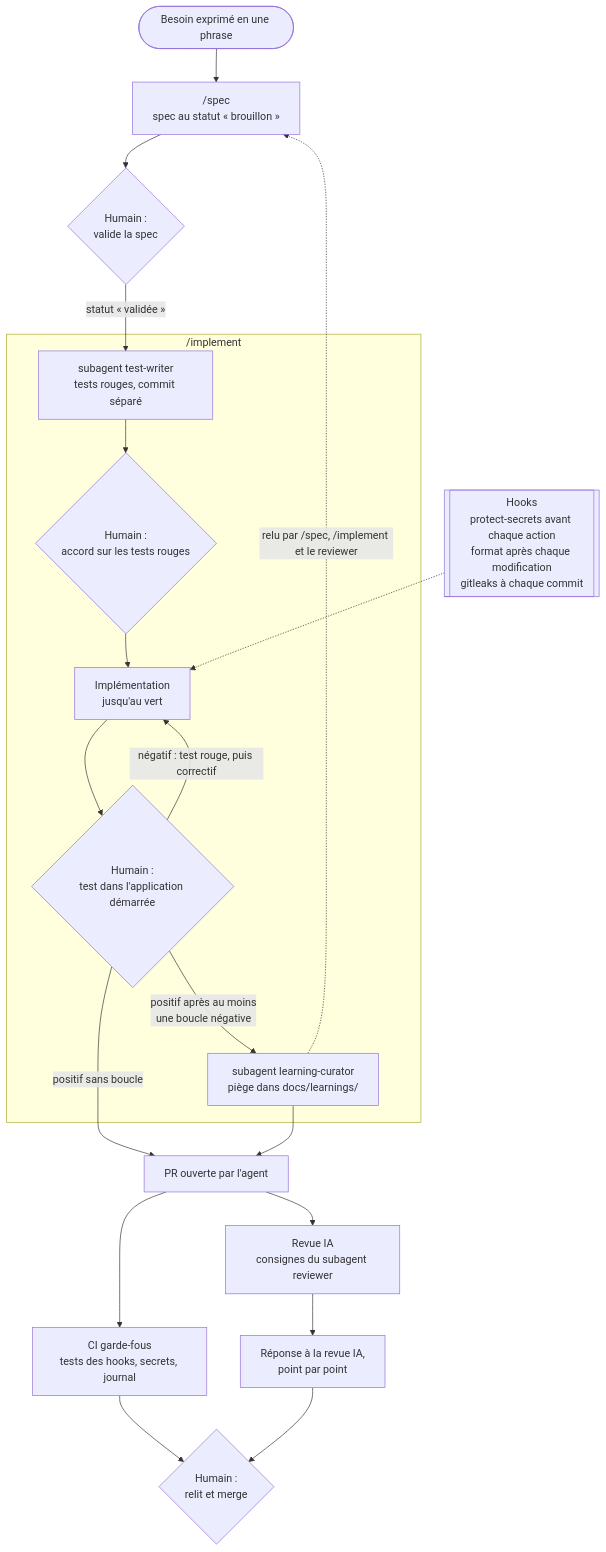
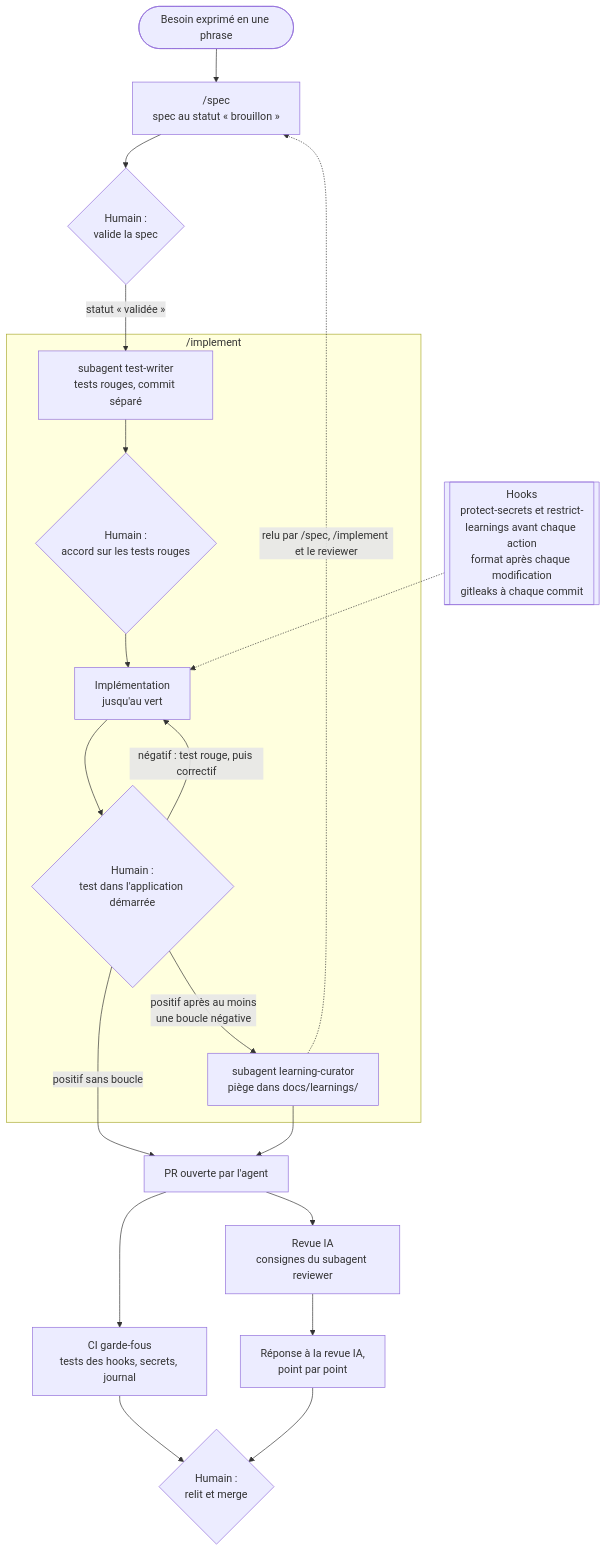
The diagram in README.md (yanis-vroland/agentic-dev-workflow), drawn with Mermaid before and after one commit. The commit also changed other lines of this file and 14 other files, not shown here.

````diff
--- a/README.md
+++ b/README.md
@@ -16,25 +16,25 @@
 ```mermaid
 flowchart TD
   besoin([Besoin exprimé en une phrase]) --> spec["/spec<br/>spec au statut « brouillon »"]
   spec --> h1{"Humain :<br/>valide la spec"}
   h1 -- "statut « validée »" --> tw
 
   subgraph implement ["/implement"]
     tw["subagent test-writer<br/>tests rouges, commit séparé"] --> h2{"Humain :<br/>accord sur les tests rouges"}
     h2 --> code["Implémentation<br/>jusqu'au vert"]
     code --> h3{"Humain :<br/>test dans l'application démarrée"}
     h3 -- "négatif : test rouge, puis correctif" --> code
     h3 -- "positif après au moins<br/>une boucle négative" --> lc["subagent learning-curator<br/>piège dans docs/learnings/"]
   end
 
-  hooks[["Hooks<br/>protect-secrets avant chaque action<br/>format après chaque modification<br/>gitleaks à chaque commit"]] -.-> code
+  hooks[["Hooks<br/>protect-secrets et restrict-learnings avant chaque action<br/>format après chaque modification<br/>gitleaks à chaque commit"]] -.-> code
   lc -.->|relu par /spec, /implement et le reviewer| spec
 
   h3 -- "positif sans boucle" --> pr
   lc --> pr["PR ouverte par l'agent"]
   pr --> ci["CI garde-fous<br/>tests des hooks, secrets, journal"]
   pr --> ia["Revue IA<br/>consignes du subagent reviewer"]
   ia --> rep["Réponse à la revue IA,<br/>point par point"]
   ci --> h4{"Humain :<br/>relit et merge"}
   rep --> h4
 ```
````
